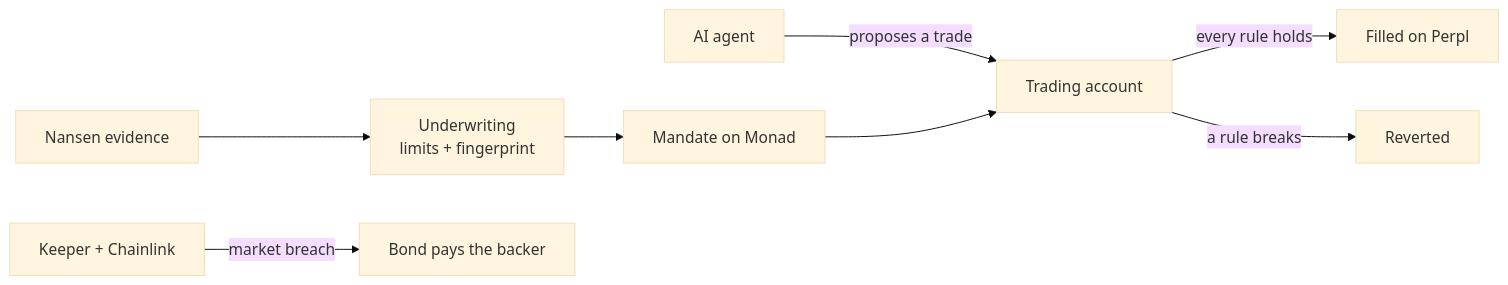
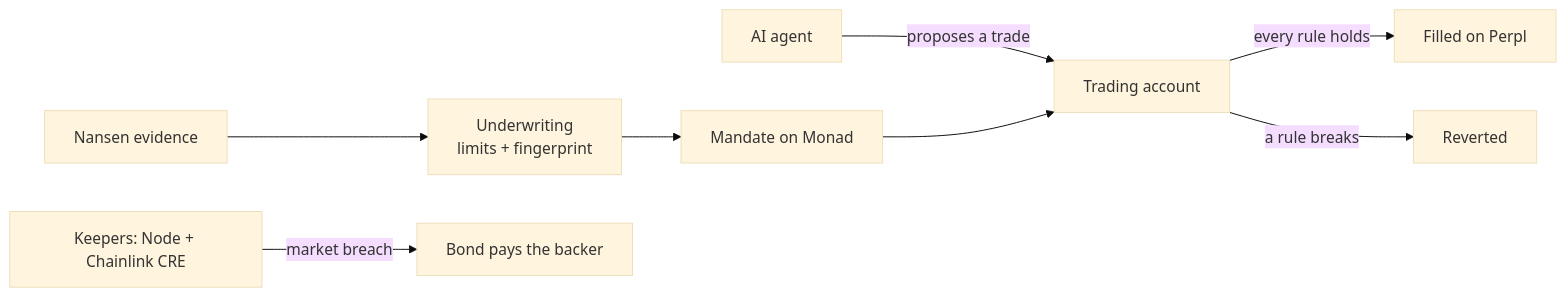
One commit to Demiladepy/meckling changed the diagram in README.md. Above: the diagram before and after it, drawn with Mermaid (base theme). The commit also changed other lines of this file and 5 other files, not shown here.

````diff
--- a/README.md
+++ b/README.md
@@ -46,10 +37,10 @@
 ```mermaid
 flowchart LR
     N[Nansen evidence] --> U[Underwriting<br/>limits + fingerprint]
     U --> R[Mandate on Monad]
     A[AI agent] -->|proposes a trade| M[Trading account]
     R --> M
     M -->|every rule holds| P[Filled on Perpl]
     M -->|a rule breaks| X[Reverted]
-    K[Keeper + Chainlink] -->|market breach| B[Bond pays the backer]
+    K[Keepers: Node + Chainlink CRE] -->|market breach| B[Bond pays the backer]
 ```
````
